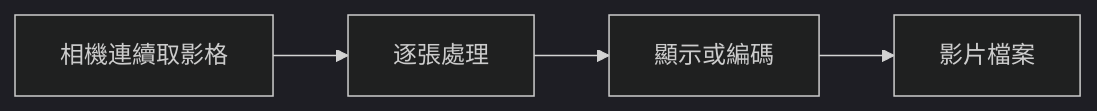
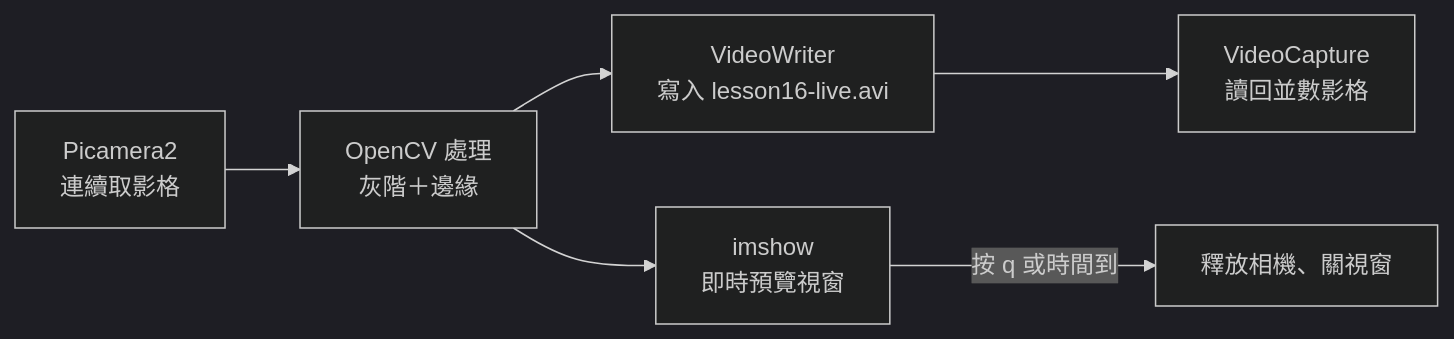
The diagram in 教材/第 16 課｜Python 結合 OpenCV 與 Picamera2：影片錄製與即時影像處理.md (Samuel-ncu/BA5077-RP5-compatibility), drawn with Mermaid (dark theme) before and after one commit. The commit also changed other lines of this file and 13 other files, not shown here.

First line of the commit message:
Rewrite lesson 16 around live camera recording with RP5 evidence

````diff
--- a/教材/第 16 課｜Python 結合 OpenCV 與 Picamera2：影片錄製與即時影像處理.md
+++ b/教材/第 16 課｜Python 結合 OpenCV 與 Picamera2：影片錄製與即時影像處理.md
@@ -78,8 +19,8 @@
 ```mermaid
 flowchart LR
-    A["相機連續取影格"]
-    B["逐張處理"]
-    C["顯示或編碼"]
-    D["影片檔案"]
-    A --> B --> C --> D
+    A["Picamera2<br/>連續取影格"] --> B["OpenCV 處理<br/>灰階＋邊緣"]
+    B --> C["VideoWriter<br/>寫入 lesson16-live.avi"]
+    B --> D["imshow<br/>即時預覽視窗"]
+    D -->|"按 q 或時間到"| E["釋放相機、關視窗"]
+    C --> F["VideoCapture<br/>讀回並數影格"]
 ```
````
